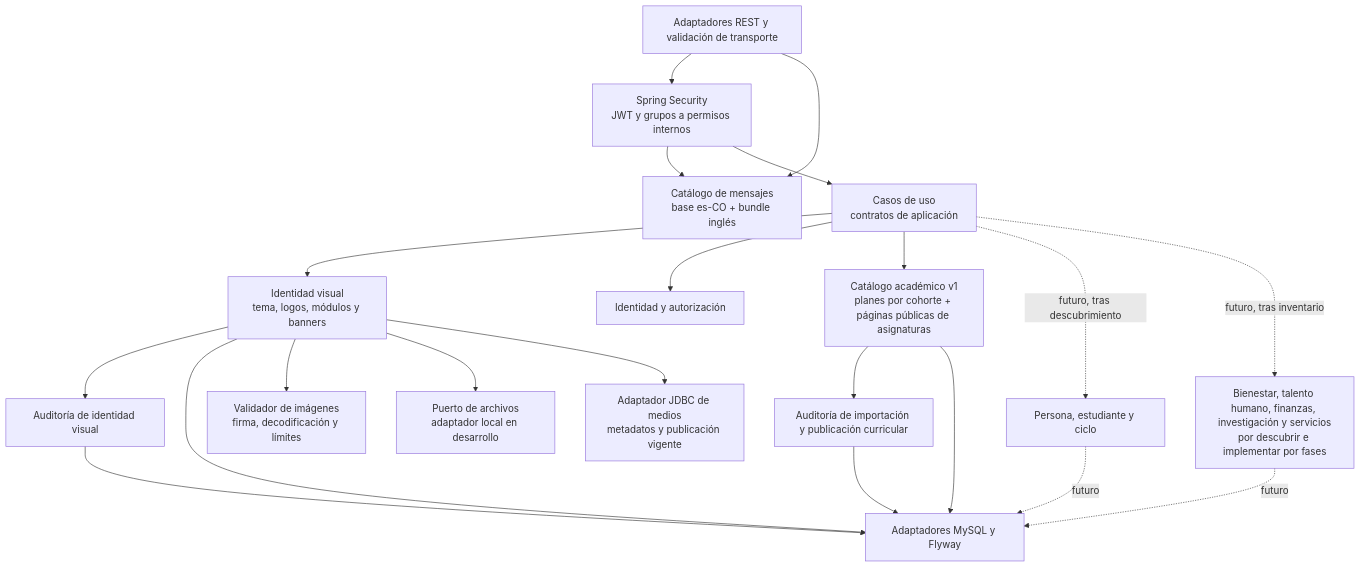
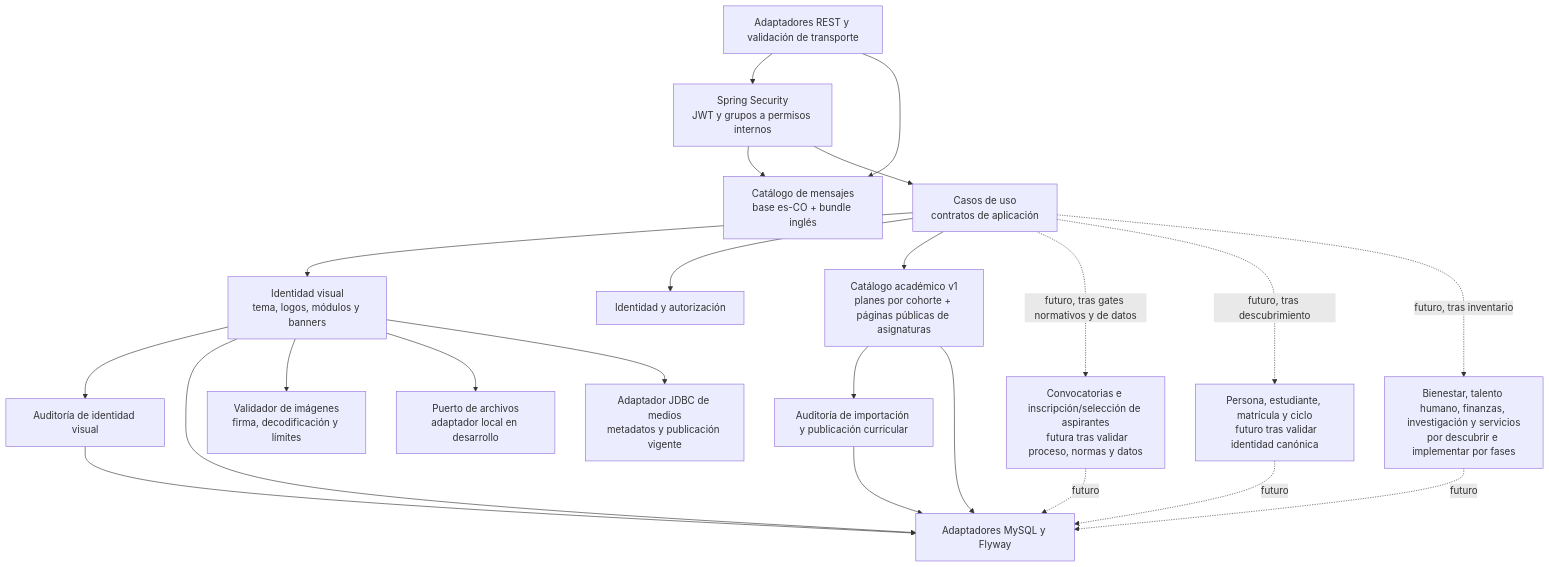
One commit to jdsalasca/open-university-backend changed the third of 3 diagrams in docs/architecture/c4.md. Above: the diagram before and after it, drawn with Mermaid. The commit also changed other lines of this file and 5 other files, not shown here.

````diff
--- a/docs/architecture/c4.md
+++ b/docs/architecture/c4.md
@@ -62,39 +62,44 @@
 ```mermaid
 flowchart TB
   Web[Adaptadores REST y validación de transporte]
   Security[Spring Security\nJWT y grupos a permisos internos]
   I18n[Catálogo de mensajes\nbase es-CO + bundle inglés]
   UseCases[Casos de uso\ncontratos de aplicación]
   Branding[Identidad visual\ntema, logos, módulos y banners]
   Identity[Identidad y autorización]
-  Student[Persona, estudiante y ciclo]
+  Admissions[Convocatorias e inscripción/selección de aspirantes
+  futura tras validar proceso, normas y datos]
+  Student[Persona, estudiante, matrícula y ciclo
+  futuro tras validar identidad canónica]
   Academics[Catálogo académico v1\nplanes por cohorte + páginas públicas de asignaturas]
   Other[Bienestar, talento humano, finanzas, investigación y servicios\npor descubrir e implementar por fases]
   BrandingAudit[Auditoría de identidad visual]
   AcademicAudit[Auditoría de importación y publicación curricular]
   Persistence[Adaptadores MySQL y Flyway]
   MediaValidation[Validador de imágenes\nfirma, decodificación y límites]
   AssetStorage[Puerto de archivos\nadaptador local en desarrollo]
   AssetRepository[Adaptador JDBC de medios\nmetadatos y publicación vigente]
 
   Web --> Security
   Web --> I18n
   Security --> I18n
   Security --> UseCases
   UseCases --> Branding
   UseCases --> Identity
   UseCases --> Academics
+  UseCases -. futuro, tras gates normativos y de datos .-> Admissions
   UseCases -. futuro, tras descubrimiento .-> Student
   UseCases -. futuro, tras inventario .-> Other
   Branding --> BrandingAudit
   BrandingAudit --> Persistence
   Academics --> AcademicAudit
   AcademicAudit --> Persistence
   Branding --> Persistence
   Branding --> MediaValidation
   Branding --> AssetStorage
   Branding --> AssetRepository
   Academics --> Persistence
+  Admissions -. futuro .-> Persistence
   Student -. futuro .-> Persistence
   Other -. futuro .-> Persistence
 ```
````
